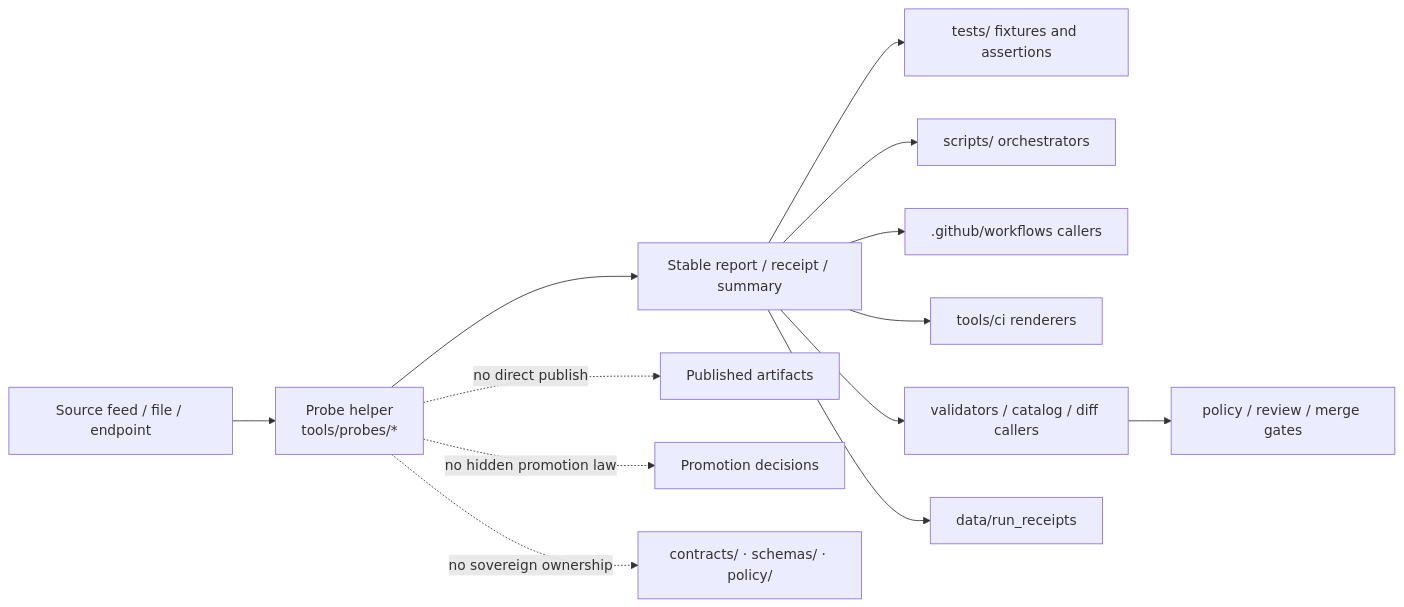
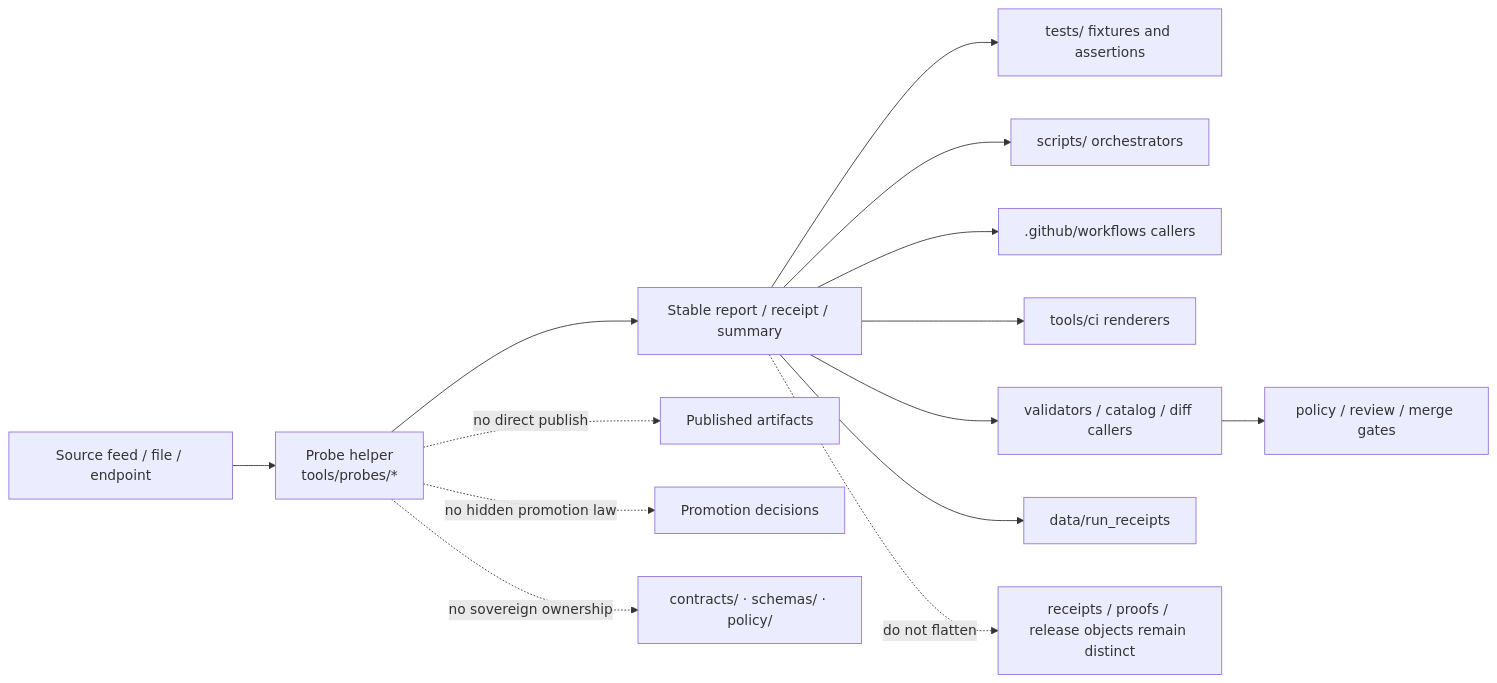
The diagram in tools/probes/README.md (bartytime4life/Kansas-Frontier-Matrix), drawn with Mermaid before and after one commit. The commit also changed other lines of this file, not shown here.

````diff
--- a/tools/probes/README.md
+++ b/tools/probes/README.md
@@ -397,17 +489,18 @@
 ```mermaid
 flowchart LR
     A[Source feed / file / endpoint] --> B[Probe helper<br/>tools/probes/*]
     B --> C[Stable report / receipt / summary]
     C --> D[tests/ fixtures and assertions]
     C --> E[scripts/ orchestrators]
     C --> F[.github/workflows callers]
     C --> G[tools/ci renderers]
     C --> H[validators / catalog / diff callers]
     C --> I[data/run_receipts]
 
     H --> J[policy / review / merge gates]
 
     B -. no direct publish .-> K[Published artifacts]
     B -. no hidden promotion law .-> L[Promotion decisions]
     B -. no sovereign ownership .-> M[contracts/ · schemas/ · policy/]
+    C -. do not flatten .-> N[receipts / proofs / release objects remain distinct]
 ```
````
